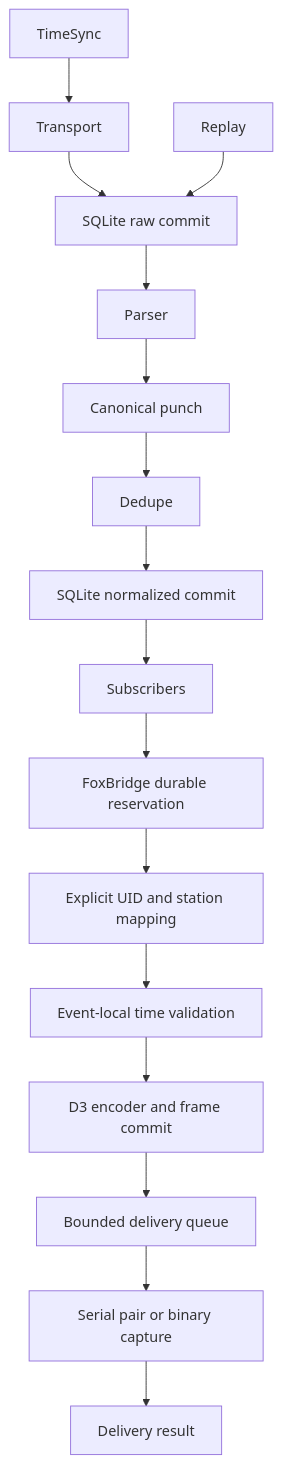
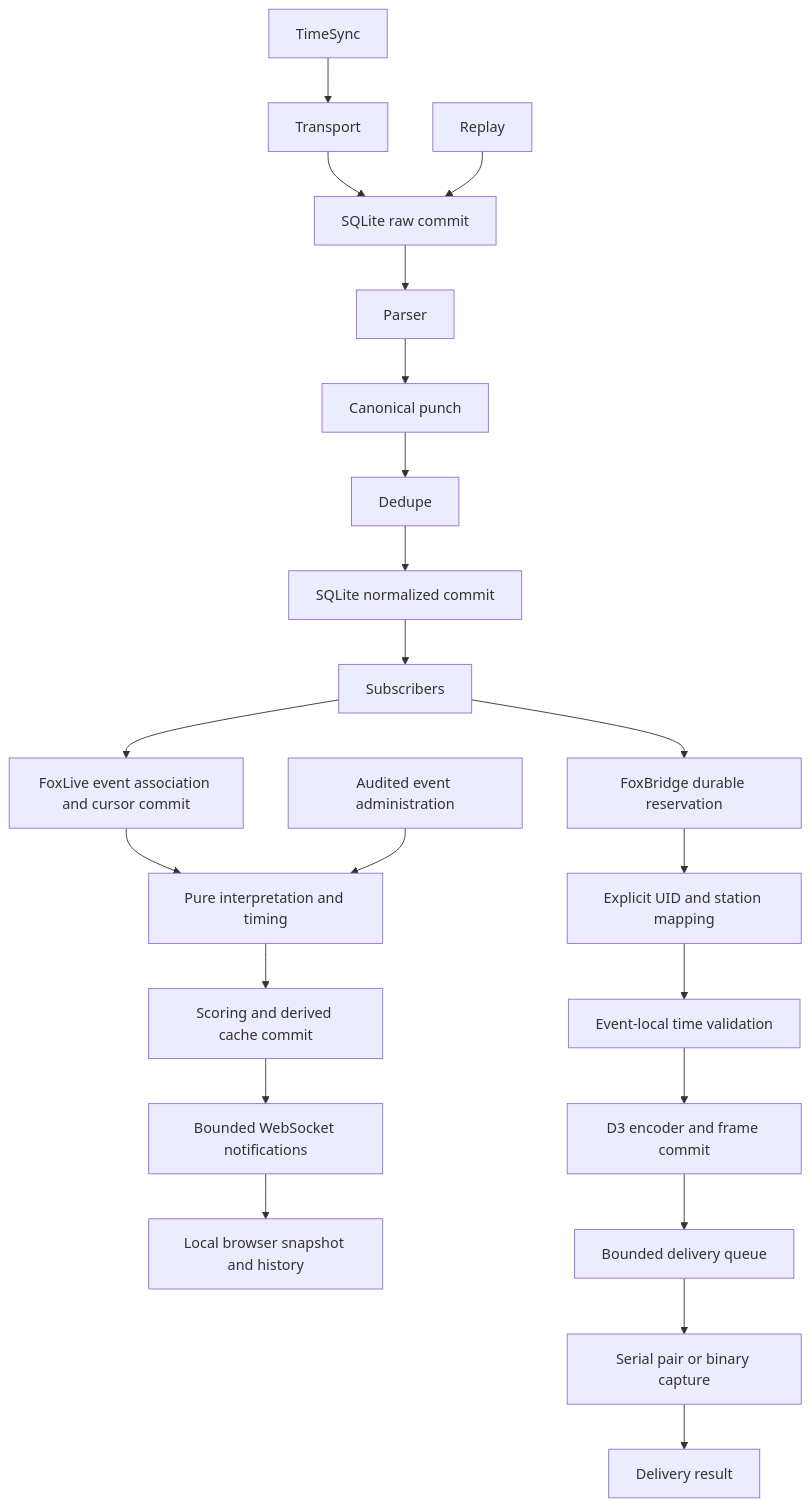
Before and after one commit to DD1SB/foxsuite: the diagram in docs/ARCHITECTURE.md, drawn with Mermaid. The commit also changed other lines of this file and 7 other files, not shown here.

````diff
--- a/docs/ARCHITECTURE.md
+++ b/docs/ARCHITECTURE.md
@@ -9,16 +9,22 @@
 ```mermaid
 flowchart TD
   Transport --> RawCommit[SQLite raw commit]
   RawCommit --> Parser --> Punch[Canonical punch]
   Punch --> Dedupe --> NormalizedCommit[SQLite normalized commit]
   NormalizedCommit --> Subscribers
   Subscribers --> Bridge[FoxBridge durable reservation]
+  Subscribers --> Association[FoxLive event association and cursor commit]
+  Association --> Interpretation[Pure interpretation and timing]
+  Interpretation --> Ranking[Scoring and derived cache commit]
+  Ranking --> Notification[Bounded WebSocket notifications]
+  Notification --> Desk[Local browser snapshot and history]
+  Admin[Audited event administration] --> Interpretation
   Bridge --> Maps[Explicit UID and station mapping]
   Maps --> Time[Event-local time validation]
   Time --> Encoder[D3 encoder and frame commit]
   Encoder --> Queue[Bounded delivery queue]
   Queue --> Output[Serial pair or binary capture]
   Output --> Ledger[Delivery result]
   TimeSync --> Transport
   Replay --> RawCommit
 ```
````
